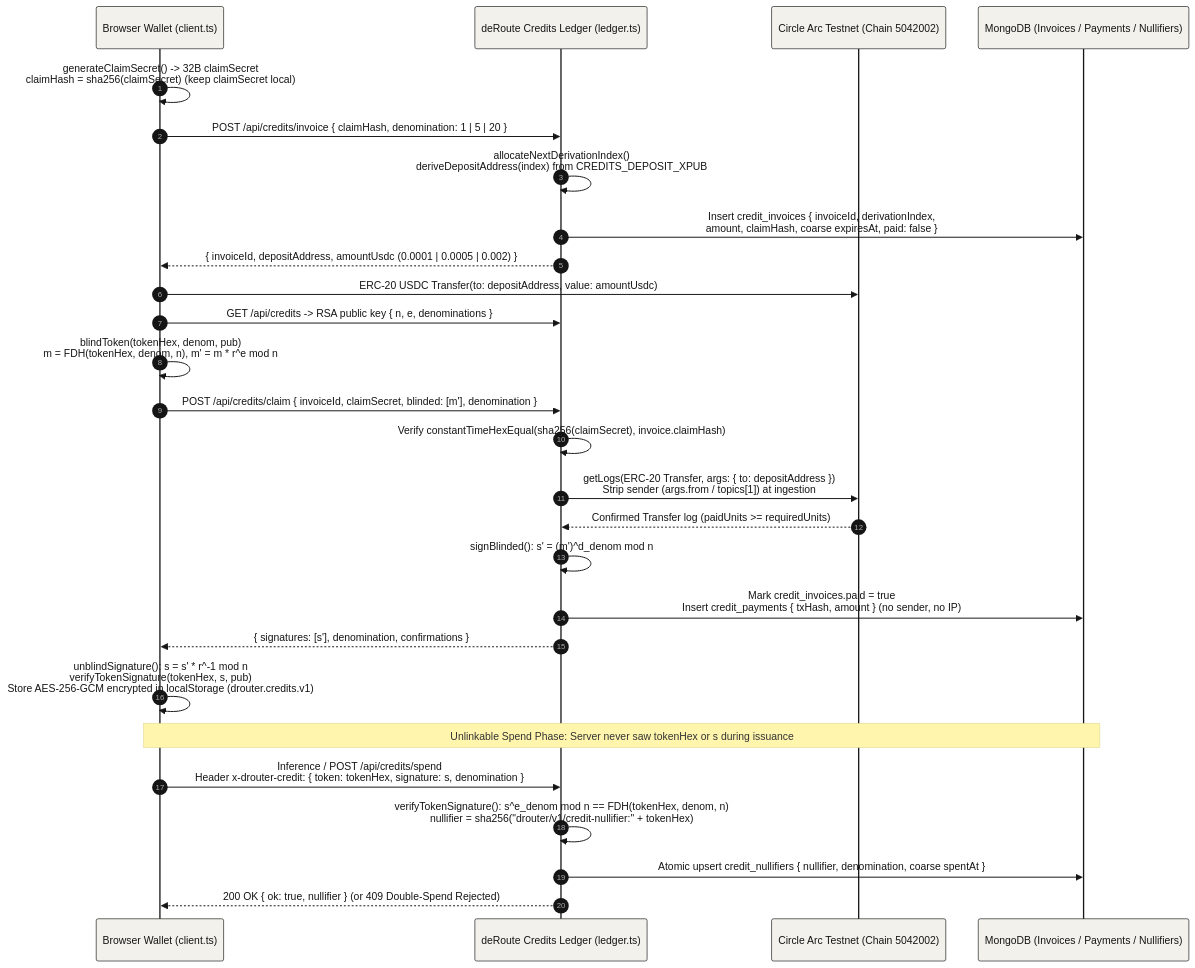
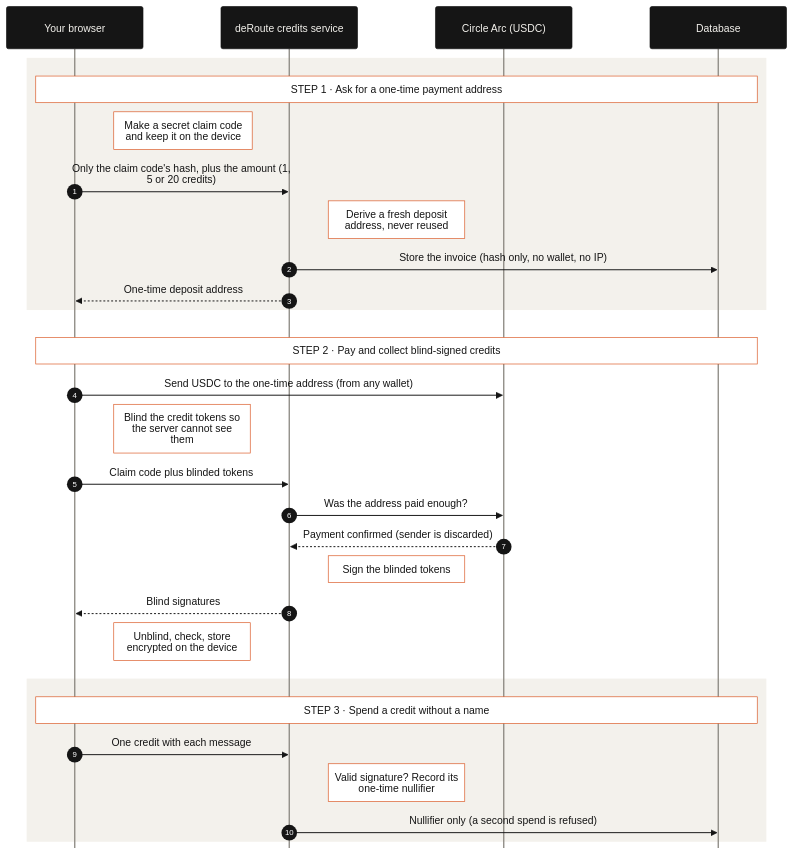
One commit to thepigdestroyer/drouter changed the diagram in docs/diagrams/08-payments.mmd. Above: the diagram before and after it, drawn with Mermaid. The commit also changed 13 other files, not shown here.

Commit message:
Diagrams: chat, agent and payment sequences redrawn with solid ink arrows, numbered steps, four plain phases on light bands (readable in GitHub dark mode), no labels under lifelines

```diff
--- a/docs/diagrams/08-payments.mmd
+++ b/docs/diagrams/08-payments.mmd
@@ -1,34 +1,35 @@
-%%{init: {"theme":"base","themeVariables":{"primaryColor":"#f3f1ec","primaryTextColor":"#151515","primaryBorderColor":"#151515","lineColor":"#595752","secondaryColor":"#ffffff","tertiaryColor":"#f3f1ec","fontFamily":"Georgia, serif"}}}%%
+%%{init: {"theme":"base","themeVariables":{"fontFamily":"Georgia, serif","fontSize":"16px","actorBkg":"#151515","actorTextColor":"#f3f1ec","actorBorder":"#151515","actorLineColor":"#8a8780","signalColor":"#151515","signalTextColor":"#151515","noteBkgColor":"#ffffff","noteBorderColor":"#d9531e","noteTextColor":"#151515","sequenceNumberColor":"#ffffff","labelBoxBkgColor":"#151515","labelTextColor":"#f3f1ec"},"themeCSS":".messageLine0,.messageLine1{stroke-width:2.4px;} .messageText{font-weight:600;} marker path{fill:#151515;stroke:#151515;}","sequence":{"mirrorActors":false,"wrap":true,"width":210,"actorMargin":120,"messageMargin":34,"boxMargin":14,"noteMargin":12}}}%%
 sequenceDiagram
   autonumber
-  participant Browser as Browser Wallet (client.ts)
-  participant Server as deRoute Credits Ledger (ledger.ts)
-  participant Arc as Circle Arc Testnet (Chain 5042002)
-  participant Mongo as MongoDB (Invoices / Payments / Nullifiers)
+  participant B as Your browser
+  participant S as deRoute credits service
+  participant A as Circle Arc (USDC)
+  participant D as Database
 
-  Browser->>Browser: generateClaimSecret() -> 32B claimSecret<br/>claimHash = sha256(claimSecret) (keep claimSecret local)
-  Browser->>Server: POST /api/credits/invoice { claimHash, denomination: 1 | 5 | 20 }
-  Server->>Server: allocateNextDerivationIndex()<br/>deriveDepositAddress(index) from CREDITS_DEPOSIT_XPUB
-  Server->>Mongo: Insert credit_invoices { invoiceId, derivationIndex,<br/>amount, claimHash, coarse expiresAt, paid: false }
-  Server-->>Browser: { invoiceId, depositAddress, amountUsdc (0.0001 | 0.0005 | 0.002) }
+  rect rgb(243, 241, 236)
+    Note over B,D: STEP 1 · Ask for a one-time payment address
+    Note right of B: Make a secret claim code and keep it on the device
+    B->>S: Only the claim code's hash, plus the amount (1, 5 or 20 credits)
+    Note right of S: Derive a fresh deposit address, never reused
+    S->>D: Store the invoice (hash only, no wallet, no IP)
+    S-->>B: One-time deposit address
+  end
 
-  Browser->>Arc: ERC-20 USDC Transfer(to: depositAddress, value: amountUsdc)
-  Browser->>Server: GET /api/credits -> RSA public key { n, e, denominations }
-  Browser->>Browser: blindToken(tokenHex, denom, pub)<br/>m = FDH(tokenHex, denom, n), m' = m * r^e mod n
+  rect rgb(255, 255, 255)
+    Note over B,D: STEP 2 · Pay and collect blind-signed credits
+    B->>A: Send USDC to the one-time address (from any wallet)
+    Note right of B: Blind the credit tokens so the server cannot see them
+    B->>S: Claim code plus blinded tokens
+    S->>A: Was the address paid enough?
+    A-->>S: Payment confirmed (sender is discarded)
+    Note right of S: Sign the blinded tokens
+    S-->>B: Blind signatures
+    Note right of B: Unblind, check, store encrypted on the device
+  end
 
-  Browser->>Server: POST /api/credits/claim { invoiceId, claimSecret, blinded: [m'], denomination }
-  Server->>Server: Verify constantTimeHexEqual(sha256(claimSecret), invoice.claimHash)
-  Server->>Arc: getLogs(ERC-20 Transfer, args: { to: depositAddress })<br/>Strip sender (args.from / topics[1]) at ingestion
-  Arc-->>Server: Confirmed Transfer log (paidUnits >= requiredUnits)
-  Server->>Server: signBlinded(): s' = (m')^d_denom mod n
-  Server->>Mongo: Mark credit_invoices.paid = true<br/>Insert credit_payments { txHash, amount } (no sender, no IP)
-  Server-->>Browser: { signatures: [s'], denomination, confirmations }
-
-  Browser->>Browser: unblindSignature(): s = s' * r^-1 mod n<br/>verifyTokenSignature(tokenHex, s, pub)<br/>Store AES-256-GCM encrypted in localStorage (drouter.credits.v1)
-
-  Note over Browser,Mongo: Unlinkable Spend Phase: Server never saw tokenHex or s during issuance
-
-  Browser->>Server: Inference / POST /api/credits/spend<br/>Header x-drouter-credit: { token: tokenHex, signature: s, denomination }
-  Server->>Server: verifyTokenSignature(): s^e_denom mod n == FDH(tokenHex, denom, n)<br/>nullifier = sha256("drouter/v1/credit-nullifier:" + tokenHex)
-  Server->>Mongo: Atomic upsert credit_nullifiers { nullifier, denomination, coarse spentAt }
-  Server-->>Browser: 200 OK { ok: true, nullifier } (or 409 Double-Spend Rejected)
+  rect rgb(243, 241, 236)
+    Note over B,D: STEP 3 · Spend a credit without a name
+    B->>S: One credit with each message
+    Note right of S: Valid signature? Record its one-time nullifier
+    S->>D: Nullifier only (a second spend is refused)
+  end
```
